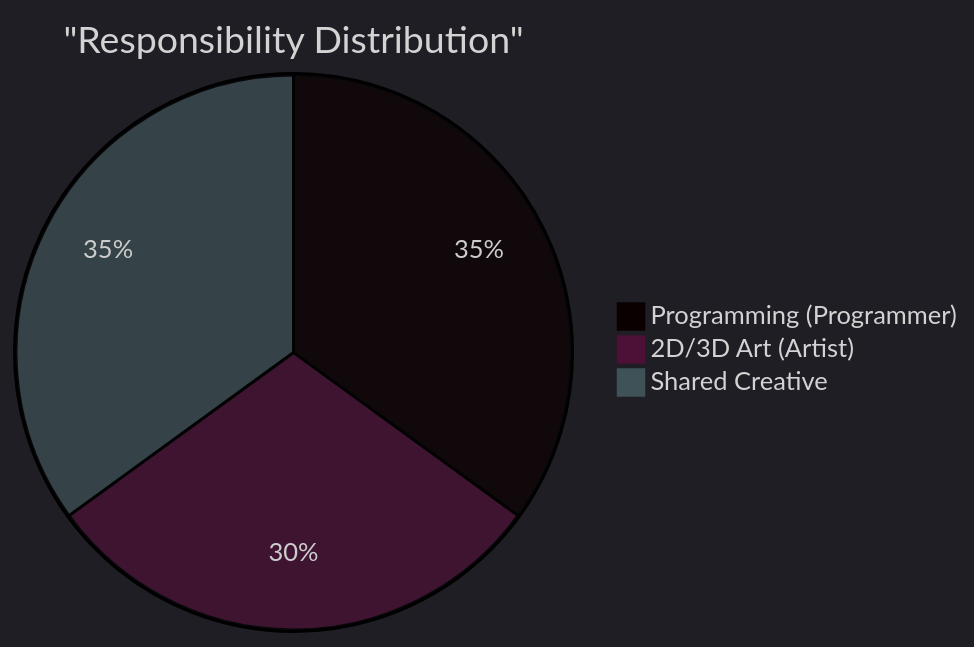
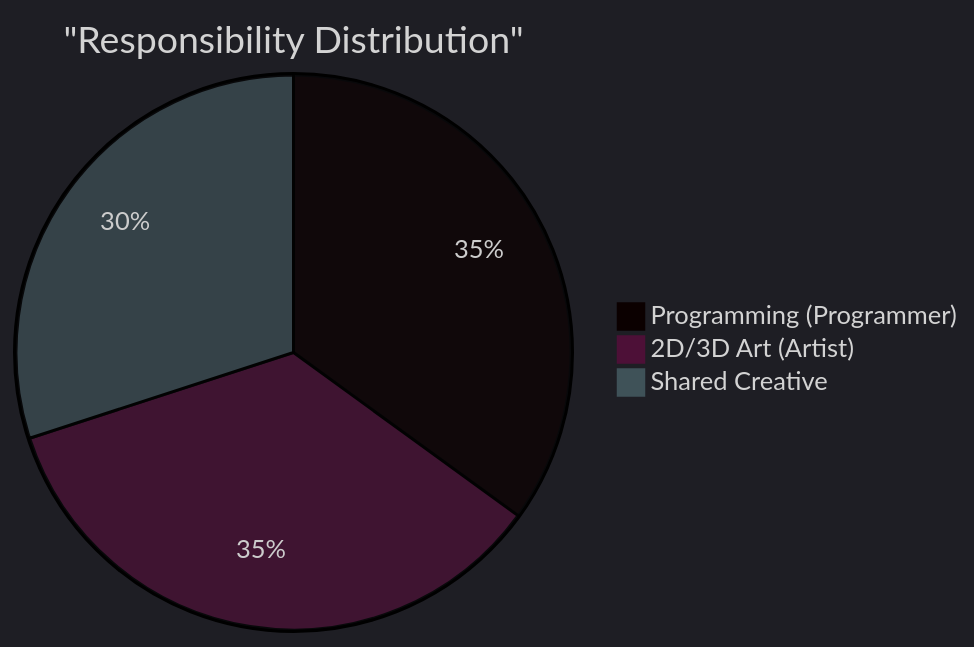
One commit to MartyChouette/iris_v3.0 changed the second of 13 diagrams in PRODUCTION_RUNWAY.md. Above: the diagram before and after it, drawn with Mermaid. The commit also changed 1 other file, not shown here.

Commit message:
fix: rebalance responsibility split — art 30→35%, shared 35→30%

````diff
--- a/PRODUCTION_RUNWAY.md
+++ b/PRODUCTION_RUNWAY.md
@@ -64,7 +64,7 @@
 ```mermaid
 %%{init: {'theme': 'dark'}}%%
 pie title "Responsibility Distribution"
     "Programming (Programmer)" : 35
-    "2D/3D Art (Artist)" : 30
-    "Shared Creative" : 35
+    "2D/3D Art (Artist)" : 35
+    "Shared Creative" : 30
 ```
````
